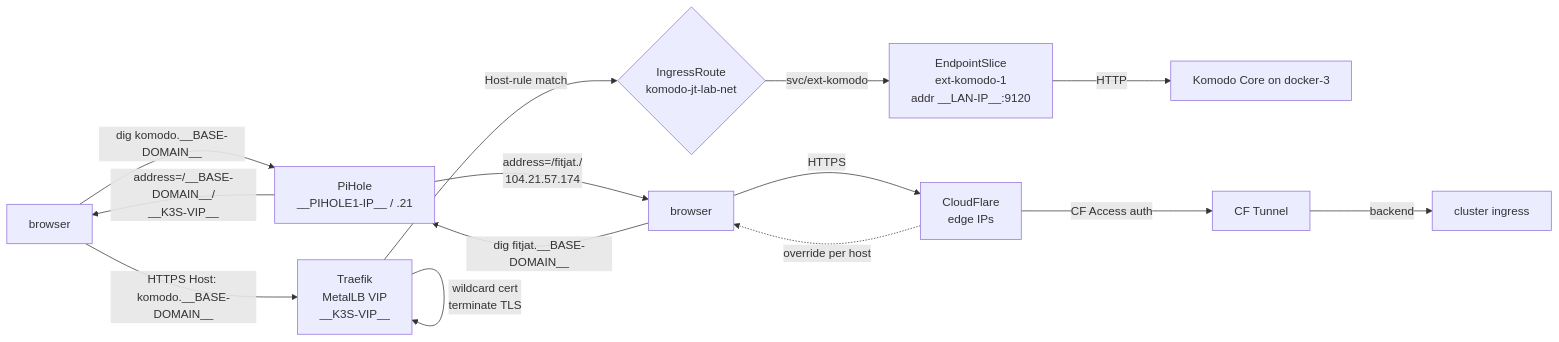
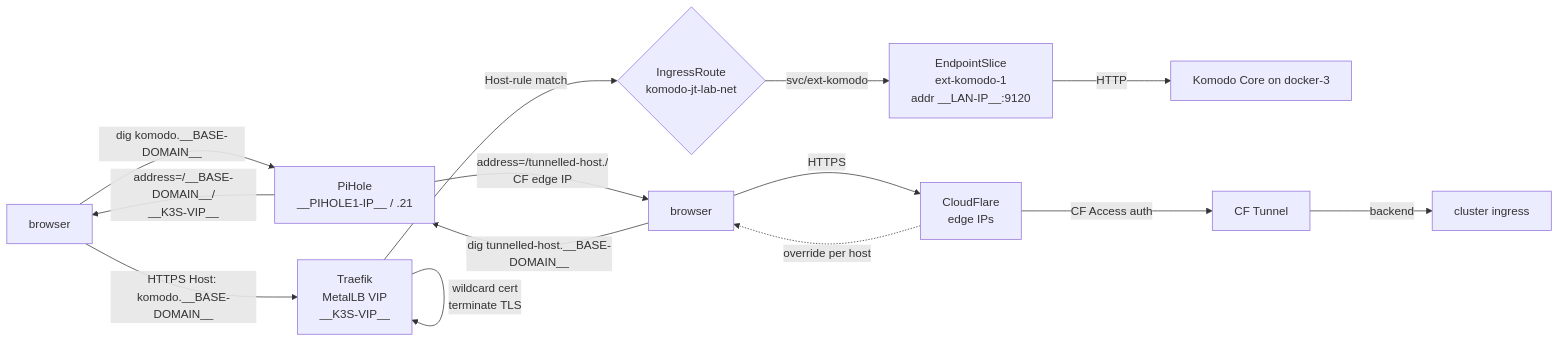
Before and after one commit to johntrottadev/homelab: the third of 3 diagrams in README.md, drawn with Mermaid. The commit also changed other lines of this file and 18 other files, not shown here.

````diff
--- a/README.md
+++ b/README.md
@@ -138,17 +138,17 @@
 ```mermaid
 flowchart LR
     BROWSER[browser] -->|dig komodo.__BASE-DOMAIN__| PIHOLE[PiHole<br/>__PIHOLE1-IP__ / .21]
     PIHOLE -->|address=/__BASE-DOMAIN__/<br/>__K3S-VIP__| BROWSER
     BROWSER -->|HTTPS Host: komodo.__BASE-DOMAIN__| TRAEFIK[Traefik<br/>MetalLB VIP<br/>__K3S-VIP__]
     TRAEFIK -->|wildcard cert<br/>terminate TLS| TRAEFIK
     TRAEFIK -->|Host-rule match| ROUTE{IngressRoute<br/>komodo-jt-lab-net}
     ROUTE -->|svc/ext-komodo| EPS[EndpointSlice<br/>ext-komodo-1<br/>addr __LAN-IP__:9120]
     EPS -->|HTTP| BACKEND[Komodo Core on docker-3]
 
     CF[CloudFlare<br/>edge IPs] -.->|override per host| BROWSER2[browser]
-    BROWSER2 -->|dig fitjat.__BASE-DOMAIN__| PIHOLE
-    PIHOLE -->|address=/fitjat./<br/>104.21.57.174| BROWSER2
+    BROWSER2 -->|dig tunnelled-host.__BASE-DOMAIN__| PIHOLE
+    PIHOLE -->|address=/tunnelled-host./<br/>CF edge IP| BROWSER2
     BROWSER2 -->|HTTPS| CF
     CF -->|CF Access auth| CFTUNNEL[CF Tunnel]
     CFTUNNEL -->|backend| BACKEND2[cluster ingress]
 ```
````
